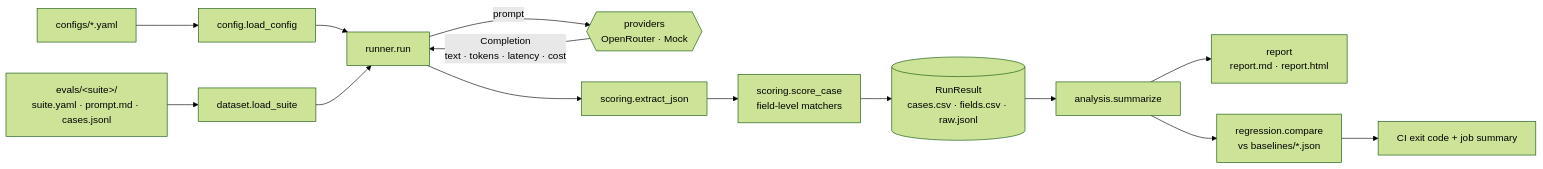
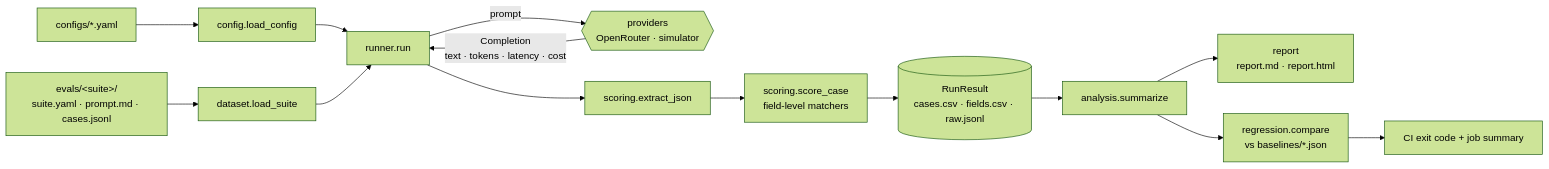
Before and after one commit to jehanxaibahmed/llm-eval-harness: the diagram in docs/architecture.md, drawn with Mermaid (forest theme). The commit also changed other lines of this file and 14 other files, not shown here.

````diff
--- a/docs/architecture.md
+++ b/docs/architecture.md
@@ -7,16 +7,16 @@
 ```mermaid
 flowchart LR
     A[configs/*.yaml] --> B[config.load_config]
     S[evals/&lt;suite&gt;/<br/>suite.yaml · prompt.md · cases.jsonl] --> C[dataset.load_suite]
     B --> R[runner.run]
     C --> R
-    R -- prompt --> P{{providers<br/>OpenRouter · Mock}}
+    R -- prompt --> P{{providers<br/>OpenRouter · simulator}}
     P -- Completion<br/>text · tokens · latency · cost --> R
     R --> X[scoring.extract_json]
     X --> F[scoring.score_case<br/>field-level matchers]
     F --> D[(RunResult<br/>cases.csv · fields.csv · raw.jsonl)]
     D --> AN[analysis.summarize]
     AN --> REP[report<br/>report.md · report.html]
     AN --> REG[regression.compare<br/>vs baselines/*.json]
     REG --> CI[CI exit code + job summary]
 ```
````
